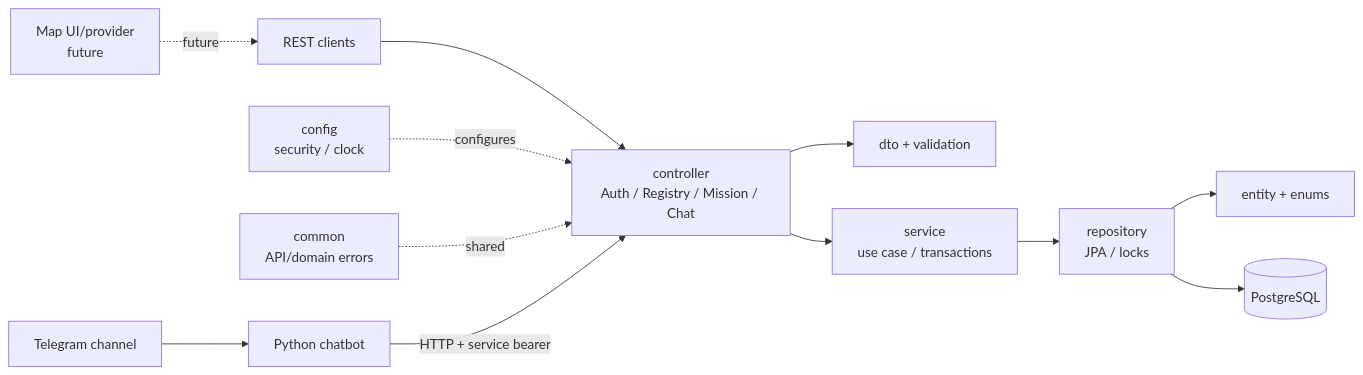
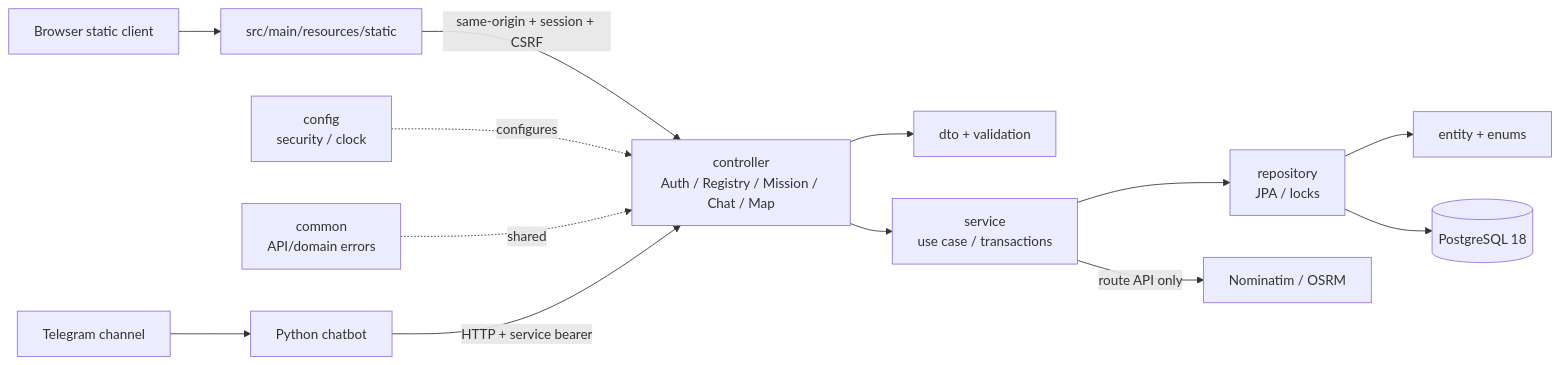
Before and after one commit to coluccimarco/fornitori-soccorso: the diagram in docs/diagrams/component_packages.mmd, drawn with Mermaid. The commit also changed 96 other files, not shown here.

```diff
--- a/docs/diagrams/component_packages.mmd
+++ b/docs/diagrams/component_packages.mmd
@@ -1,13 +1,14 @@
-%% Logical packages and external components; UI and routing remain future work.
+%% Logical packages and external components in the integrated baseline.
 flowchart LR
-    HTTP["REST clients"] --> Controller["controller<br/>Auth / Registry / Mission / Chat"]
+    Browser["Browser static client"] --> Static["src/main/resources/static"]
+    Static -->|same-origin + session + CSRF| Controller["controller<br/>Auth / Registry / Mission / Chat / Map"]
     Controller --> DTO["dto + validation"]
     Controller --> Service["service<br/>use case / transactions"]
     Service --> Repo["repository<br/>JPA / locks"]
     Repo --> Entity["entity + enums"]
-    Repo --> DB[("PostgreSQL")]
+    Repo --> DB[("PostgreSQL 18")]
     Config["config<br/>security / clock"] -. configures .-> Controller
     Common["common<br/>API/domain errors"] -. shared .-> Controller
     Bot["Python chatbot"] -->|HTTP + service bearer| Controller
     Telegram["Telegram channel"] --> Bot
-    Maps["Map UI/provider<br/>future"] -. future .-> HTTP
+    Service -->|route API only| Providers["Nominatim / OSRM"]
```
